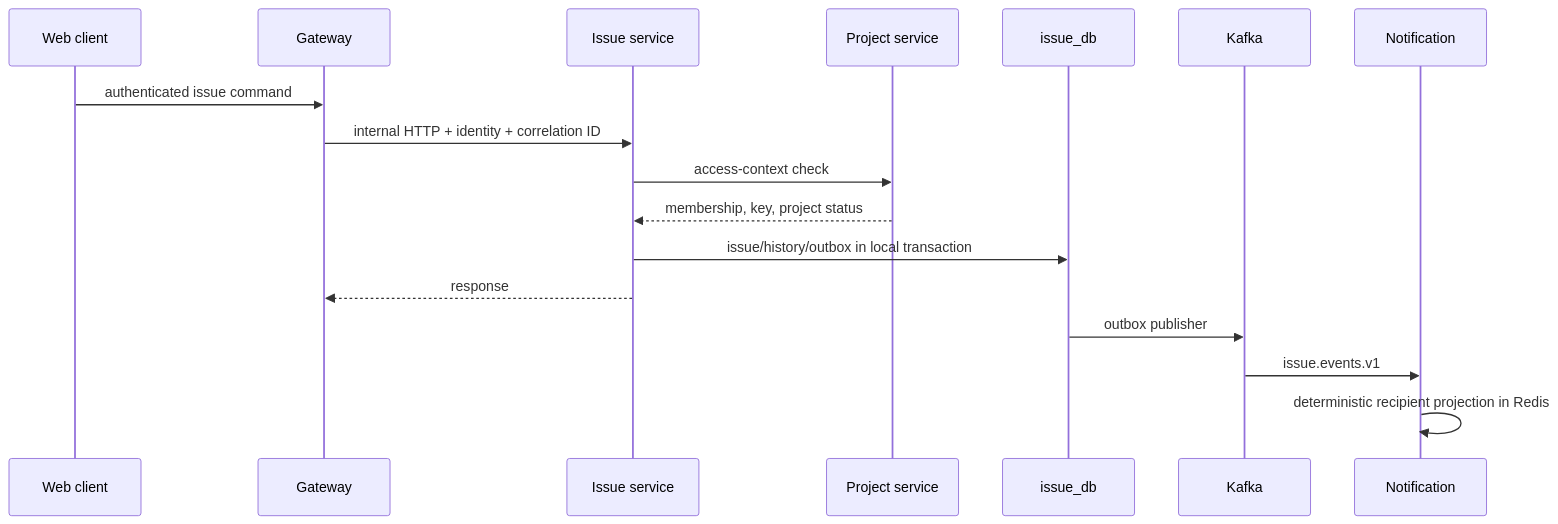
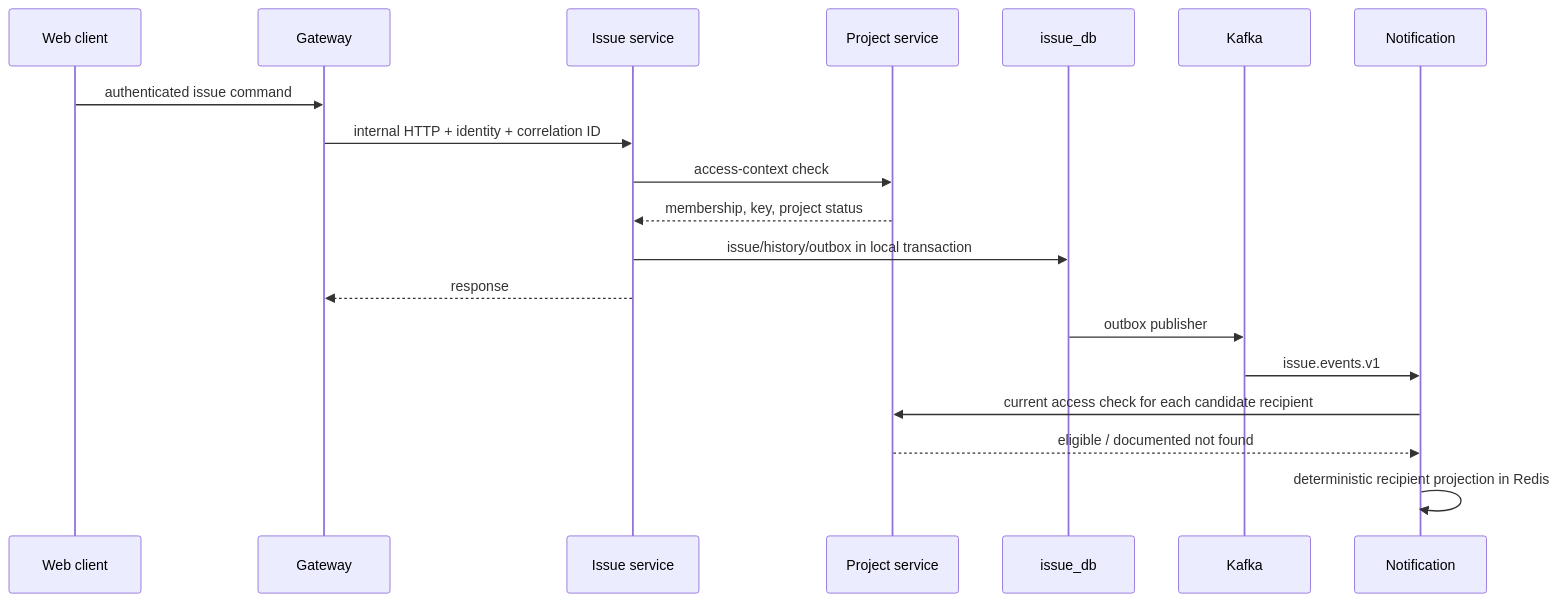
One commit to NicolaiHong/jira-microservices-lab changed the diagram in docs/architecture/data-flow.md. Above: the diagram before and after it, drawn with Mermaid. The commit also changed other lines of this file and 37 other files, not shown here.

First line of the commit message:
Revalidate recipient access before projection

````diff
--- a/docs/architecture/data-flow.md
+++ b/docs/architecture/data-flow.md
@@ -7,19 +7,21 @@
 ```mermaid
 sequenceDiagram
   participant UI as Web client
   participant GW as Gateway
   participant I as Issue service
   participant P as Project service
   participant DB as issue_db
   participant K as Kafka
   participant N as Notification
   UI->>GW: authenticated issue command
   GW->>I: internal HTTP + identity + correlation ID
   I->>P: access-context check
   P-->>I: membership, key, project status
   I->>DB: issue/history/outbox in local transaction
   I-->>GW: response
   DB->>K: outbox publisher
   K->>N: issue.events.v1
+  N->>P: current access check for each candidate recipient
+  P-->>N: eligible / documented not found
   N->>N: deterministic recipient projection in Redis
 ```
````
